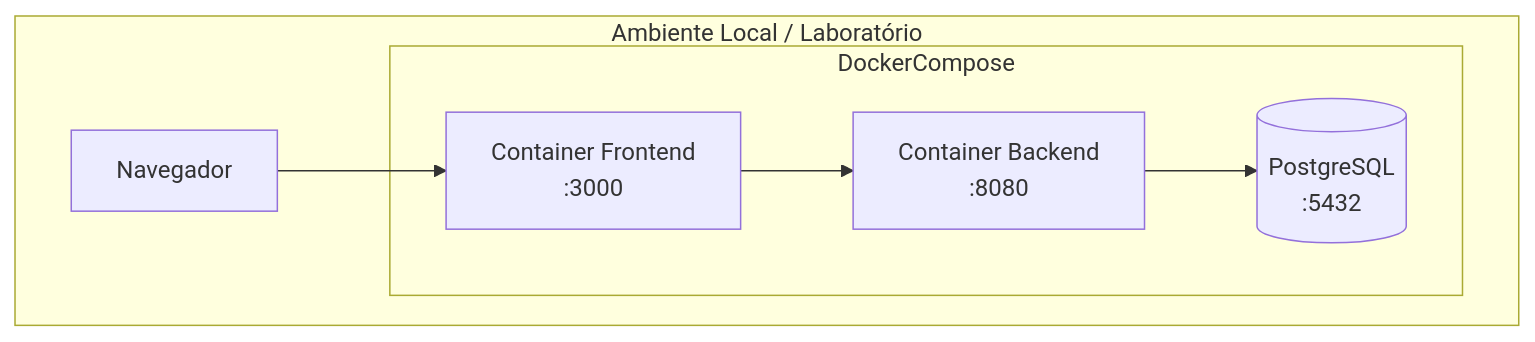
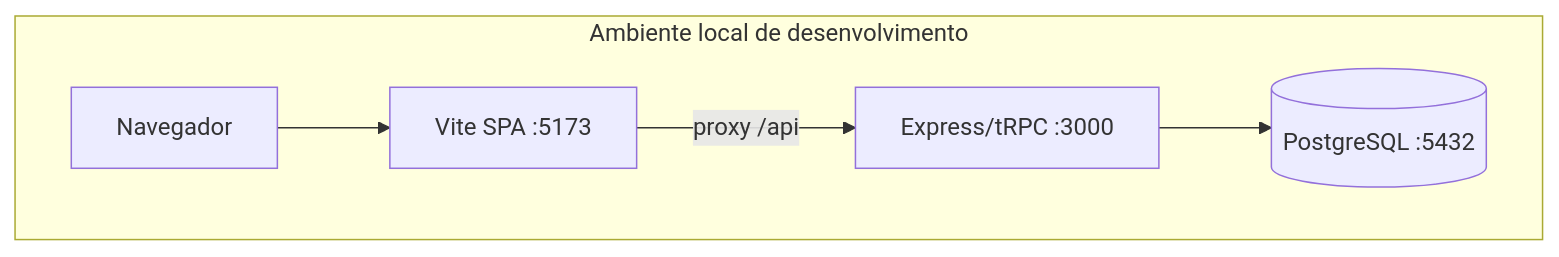
Before and after one commit to secureforgeweb/secureforgeweb: the seventh of 7 diagrams in secureforgeweb_web/docs/PROJETO_ARQUITETURAL.md, drawn with Mermaid. The commit also changed other lines of this file and 3 other files, not shown here.

First line of the commit message:
docs: reframe architecture doc as SecureForge Web product

````diff
--- a/secureforgeweb_web/docs/PROJETO_ARQUITETURAL.md
+++ b/secureforgeweb_web/docs/PROJETO_ARQUITETURAL.md
@@ -535,15 +534,13 @@
 ```mermaid
 flowchart TB
-    subgraph Ambiente["Ambiente Local / Laboratório"]
+    subgraph Ambiente["Ambiente local de desenvolvimento"]
         Browser[Navegador]
-        subgraph DockerCompose
-            FE[Container Frontend\n:3000]
-            BE[Container Backend\n:8080]
-            PG[(PostgreSQL\n:5432)]
-        end
+        FE[Vite SPA :5173]
+        BE[Express/tRPC :3000]
+        PG[(PostgreSQL :5432)]
     end
 
     Browser --> FE
-    FE --> BE
+    FE -->|proxy /api| BE
     BE --> PG
 ```
````
